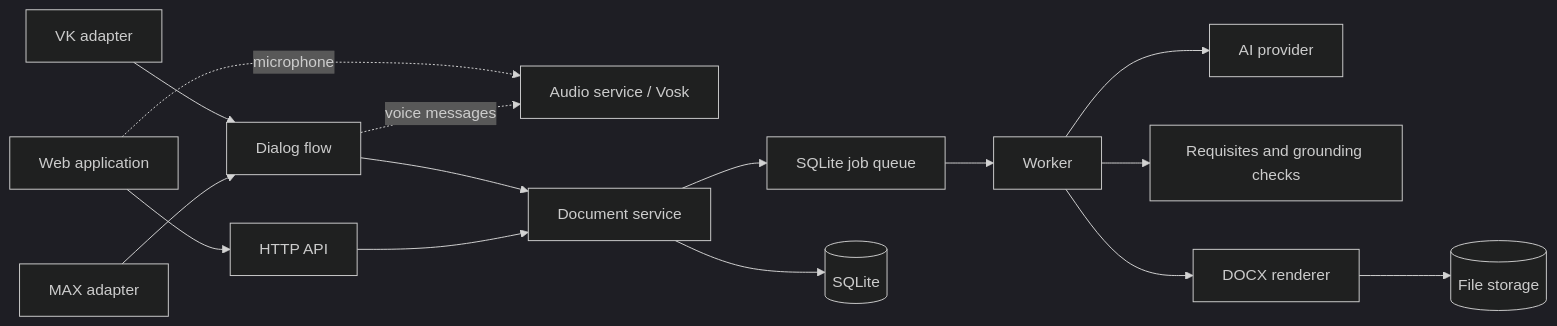
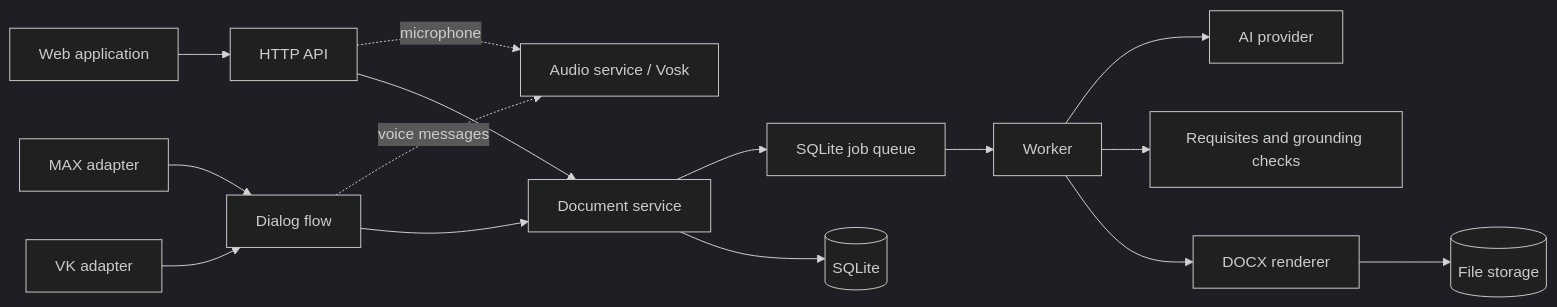
The diagram in docs/architecture.md (SomeSuperCoder/DocxGen), drawn with Mermaid (dark theme) before and after one commit. The commit also changed other lines of this file and 35 other files, not shown here.

````diff
--- a/docs/architecture.md
+++ b/docs/architecture.md
@@ -8,17 +8,17 @@
 ```mermaid
 flowchart LR
   WEB[Web application] --> API[HTTP API]
   MAX[MAX adapter] --> FLOW[Dialog flow]
   VK[VK adapter] --> FLOW
   FLOW -. voice messages .-> STT[Audio service / Vosk]
-  WEB -. microphone .-> STT
+  API -. microphone .-> STT
   API --> DOC[Document service]
   FLOW --> DOC
   DOC --> Q[SQLite job queue]
   Q --> W[Worker]
   W --> AI[AI provider]
   W --> VALIDATE[Requisites and grounding checks]
   W --> DOCX[DOCX renderer]
   DOC --> DB[(SQLite)]
   DOCX --> FILES[(File storage)]
 ```
````
